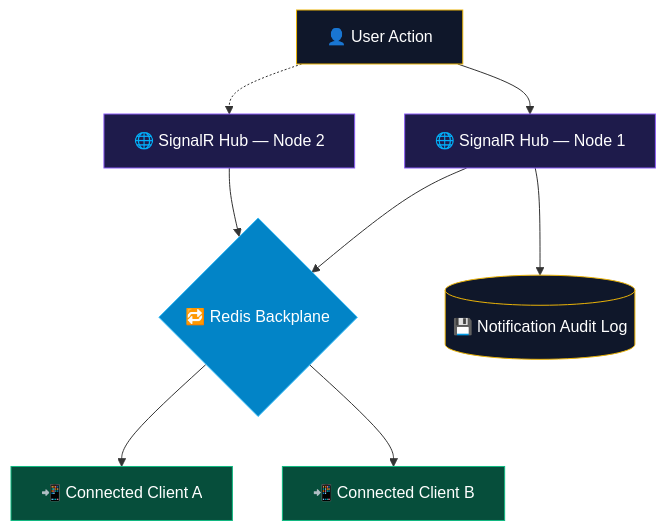
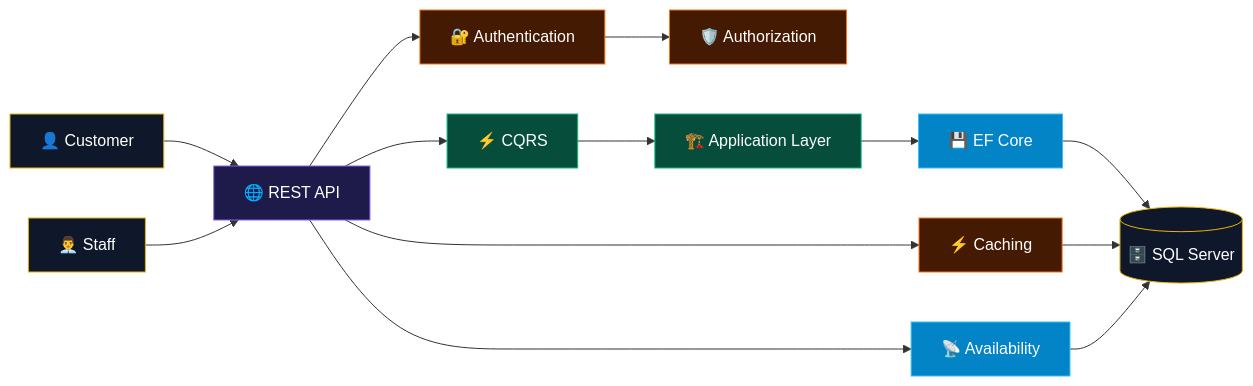
The second of 3 diagrams in README.md (Nour7Tohamy/Nour7Tohamy), drawn with Mermaid before and after one commit. The commit also changed other lines of this file, not shown here.

````diff
--- a/README.md
+++ b/README.md
@@ -176,18 +365,33 @@
 ```mermaid
-graph TD
-    U[👤 User Action] --> S1[🌐 SignalR Hub — Node 1]
-    U -.-> S2[🌐 SignalR Hub — Node 2]
-    S1 --> R{🔁 Redis Backplane}
-    S2 --> R
-    R --> N1[📲 Connected Client A]
-    R --> N2[📲 Connected Client B]
-    S1 --> P[(💾 Notification Audit Log)]
+graph LR
 
-    style U fill:#0f172a,stroke:#eab308,color:#fff
-    style S1 fill:#1e1b4b,stroke:#8b5cf6,color:#fff
-    style S2 fill:#1e1b4b,stroke:#8b5cf6,color:#fff
-    style R fill:#0284c7,stroke:#38bdf8,color:#fff
-    style N1 fill:#064e3b,stroke:#10b981,color:#fff
-    style N2 fill:#064e3b,stroke:#10b981,color:#fff
-    style P fill:#0f172a,stroke:#eab308,color:#fff
+    A[👤 Customer] --> B[🌐 REST API]
+    S[👨‍💼 Staff] --> B
+
+    B --> C[🔐 Authentication]
+    C --> D[🛡️ Authorization]
+
+    B --> E[⚡ CQRS]
+    E --> F[🏗️ Application Layer]
+    F --> G[💾 EF Core]
+
+    G --> H[(🗄️ SQL Server)]
+
+    B --> I[⚡ Caching]
+    I --> H
+
+    B --> J[📡 Availability]
+    J --> H
+
+    style A fill:#0f172a,stroke:#eab308,color:#fff
+    style S fill:#0f172a,stroke:#eab308,color:#fff
+    style B fill:#1e1b4b,stroke:#8b5cf6,color:#fff
+    style C fill:#451a03,stroke:#f97316,color:#fff
+    style D fill:#451a03,stroke:#f97316,color:#fff
+    style E fill:#064e3b,stroke:#10b981,color:#fff
+    style F fill:#064e3b,stroke:#10b981,color:#fff
+    style G fill:#0284c7,stroke:#38bdf8,color:#fff
+    style H fill:#0f172a,stroke:#eab308,color:#fff
+    style I fill:#451a03,stroke:#f97316,color:#fff
+    style J fill:#0284c7,stroke:#38bdf8,color:#fff
 ```
````
